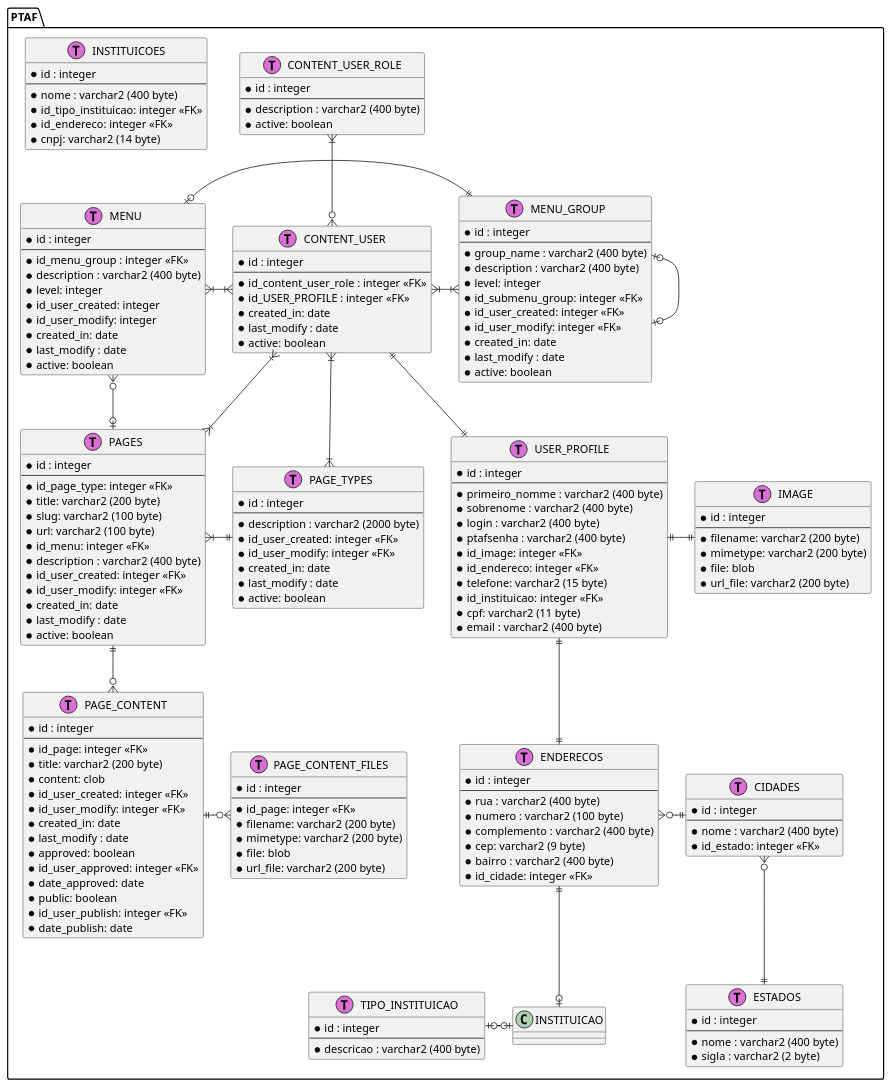
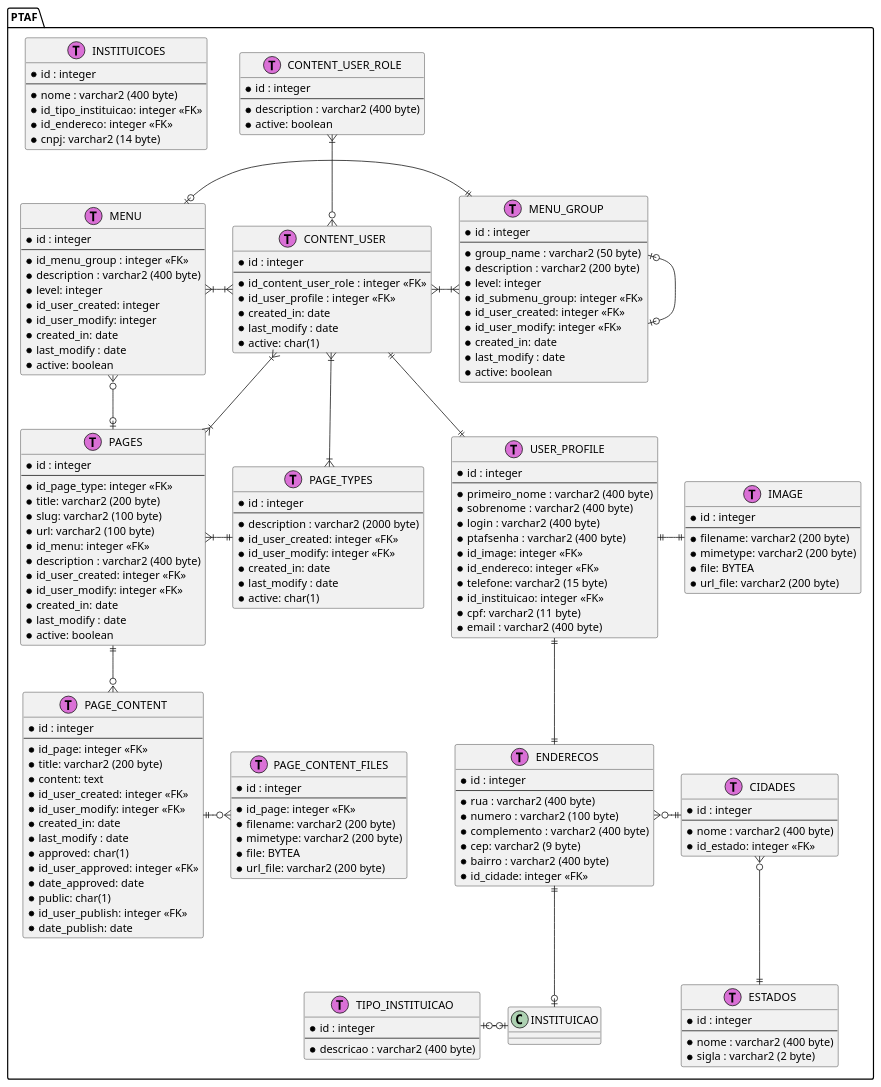
The diagram in Projeto/er-pages.wsd (paulamuhlbach/taf), drawn with PlantUML before and after one commit. The commit also changed 2 other files, not shown here.

Commit message:
Atualização de scripts e ER das tabelas do CRUD

```diff
--- a/Projeto/er-pages.wsd
+++ b/Projeto/er-pages.wsd
@@ -2,185 +2,185 @@
 @startuml er
 
 class PTAF.PAGE_TYPES << (T,orchid) >>{
 *id : integer
 --
 *description : varchar2 (2000 byte)
 *id_user_created: integer <<FK>>
 *id_user_modify: integer <<FK>>
 *created_in: date
 *last_modify : date
-*active: boolean
+*active: char(1)
 }
 
 class PTAF.PAGES << (T,orchid) >>{
 *id : integer
 --
 *id_page_type: integer <<FK>>
 *title: varchar2 (200 byte)
 *slug: varchar2 (100 byte)
 *url: varchar2 (100 byte)
 *id_menu: integer <<FK>>
 *description : varchar2 (400 byte)
 *id_user_created: integer <<FK>>
 *id_user_modify: integer <<FK>>
 *created_in: date
 *last_modify : date
 *active: boolean
 }
 
 class PTAF.PAGE_CONTENT << (T,orchid) >>{
 *id : integer
 --
 *id_page: integer <<FK>>
 *title: varchar2 (200 byte)
-*content: clob
+*content: text
 *id_user_created: integer <<FK>>
 *id_user_modify: integer <<FK>>
 *created_in: date
 *last_modify : date
-*approved: boolean
+*approved: char(1)
 *id_user_approved: integer <<FK>>
 *date_approved: date
-*public: boolean
+*public: char(1)
 *id_user_publish: integer <<FK>>
 *date_publish: date
 }
 
 class PTAF.PAGE_CONTENT_FILES << (T,orchid) >>{
 *id : integer
 --
 *id_page: integer <<FK>>
 *filename: varchar2 (200 byte)
 *mimetype: varchar2 (200 byte)
-*file: blob
+*file: BYTEA
 *url_file: varchar2 (200 byte)
 }
 
 class PTAF.MENU_GROUP << (T,orchid) >>{
 *id : integer
 --
-*group_name : varchar2 (400 byte)
-*description : varchar2 (400 byte)
+*group_name : varchar2 (50 byte)
+*description : varchar2 (200 byte)
 *level: integer
 *id_submenu_group: integer <<FK>> 
 *id_user_created: integer <<FK>>
 *id_user_modify: integer <<FK>>
 *created_in: date
 *last_modify : date
 *active: boolean
 }
 
 class PTAF.MENU << (T,orchid) >>{
 *id : integer
 --
 *id_menu_group : integer <<FK>>
 *description : varchar2 (400 byte)
 *level: integer
 *id_user_created: integer
 *id_user_modify: integer
 *created_in: date
 *last_modify : date
 *active: boolean
 }
 
 class PTAF.CONTENT_USER << (T,orchid) >>{
 *id : integer
 --
 *id_content_user_role : integer <<FK>>
-*id_USER_PROFILE : integer <<FK>>
+*id_user_profile : integer <<FK>>
 *created_in: date
 *last_modify : date
-*active: boolean
+*active: char(1)
 }
 
 class PTAF.CONTENT_USER_ROLE << (T,orchid) >>{
 *id : integer
 --
 *description : varchar2 (400 byte)
 *active: boolean
 }
 
 class PTAF.USER_PROFILE << (T,orchid) >>{
 *id : integer
 --
-*primeiro_nomme : varchar2 (400 byte)
+*primeiro_nome : varchar2 (400 byte)
 *sobrenome : varchar2 (400 byte)
 *login : varchar2 (400 byte)
 *ptafsenha : varchar2 (400 byte)
 *id_image: integer <<FK>>
 *id_endereco: integer <<FK>>
 *telefone: varchar2 (15 byte)
 *id_instituicao: integer <<FK>>
 *cpf: varchar2 (11 byte)
 *email : varchar2 (400 byte)
 }
 
 class PTAF.IMAGE << (T,orchid) >>{
 *id : integer
 --
 *filename: varchar2 (200 byte)
 *mimetype: varchar2 (200 byte)
-*file: blob
+*file: BYTEA
 *url_file: varchar2 (200 byte)
 }
 
 class PTAF.TIPO_INSTITUICAO << (T,orchid) >>{
 *id : integer
 --
 *descricao : varchar2 (400 byte)
 }
 
 class PTAF.INSTITUICOES << (T,orchid) >>{
 *id : integer
 --
 *nome : varchar2 (400 byte)
 *id_tipo_instituicao: integer <<FK>>
 *id_endereco: integer <<FK>>
 *cnpj: varchar2 (14 byte)
 }
 
 class PTAF.ENDERECOS << (T,orchid) >>{
 *id : integer
 --
 *rua : varchar2 (400 byte)
 *numero : varchar2 (100 byte)
 *complemento : varchar2 (400 byte)
 *cep: varchar2 (9 byte)
 *bairro : varchar2 (400 byte)
 *id_cidade: integer <<FK>>
 }
 
 class PTAF.CIDADES << (T,orchid) >>{
 *id : integer
 --
 *nome : varchar2 (400 byte)
 *id_estado: integer <<FK>>
 }
 
 class PTAF.ESTADOS<< (T,orchid) >>{
 *id : integer
 --
 *nome : varchar2 (400 byte)
 *sigla : varchar2 (2 byte)
 }
 
 PTAF.PAGES }|-right-|| PTAF.PAGE_TYPES
 PTAF.PAGES ||--o{  PTAF.PAGE_CONTENT
 PTAF.PAGE_CONTENT ||-right-o{ PTAF.PAGE_CONTENT_FILES
 PTAF.MENU_GROUP |o--o| PTAF.MENU_GROUP 
 PTAF.MENU_GROUP ||-left-o| PTAF.MENU
 PTAF.MENU }o-right-o| PTAF.PAGES
 PTAF.CONTENT_USER_ROLE }|-down-o{ PTAF.CONTENT_USER
 PTAF.CONTENT_USER ||-down-|| PTAF.USER_PROFILE
 PTAF.MENU_GROUP }|-left-|{ PTAF.CONTENT_USER
 PTAF.MENU }|-right-|{ PTAF.CONTENT_USER
 PTAF.PAGES }|-up-|{ PTAF.CONTENT_USER
 PTAF.PAGE_TYPES }|-up-|{ PTAF.CONTENT_USER
 PTAF.TIPO_INSTITUICAO |o-right-o| PTAF.INSTITUICAO 
 PTAF.ENDERECOS ||--o| PTAF.INSTITUICAO
 PTAF.USER_PROFILE ||-down-|| PTAF.ENDERECOS
 PTAF.USER_PROFILE ||-right-|| PTAF.IMAGE 
 PTAF.CIDADES ||-left-o{ PTAF.ENDERECOS 
 PTAF.ESTADOS ||-up-o{ PTAF.CIDADES
 
 @enduml
```
